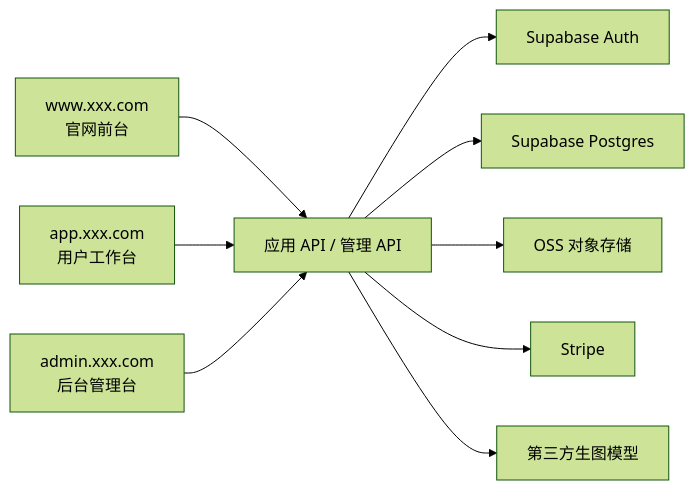
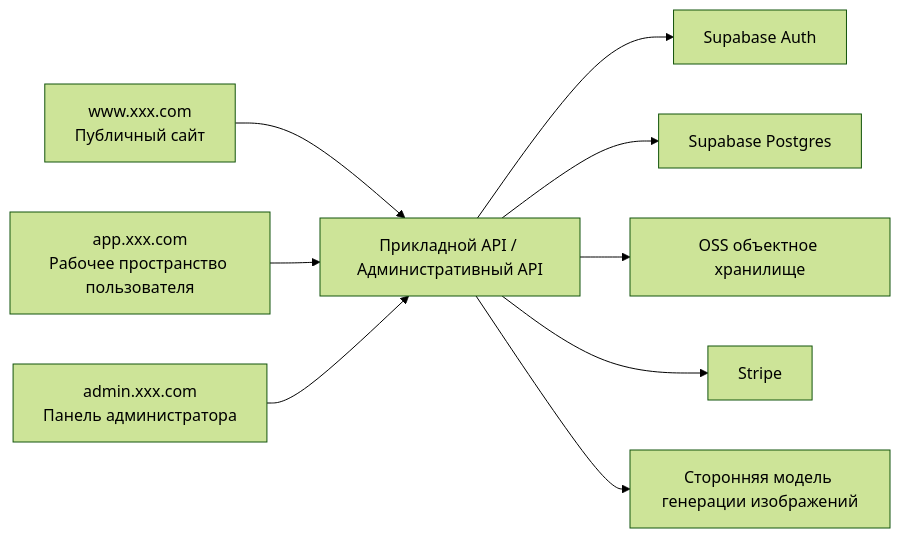
One commit to Libertad-Harbour-LLC/study_vibe changed the first of 2 diagrams in docs/ru-ru/stage-2/assignments/modern-landing-page/PRD.md. Above: the diagram before and after it, drawn with Mermaid (forest theme). The commit also changed other lines of this file and 8 other files, not shown here.

````diff
--- a/docs/ru-ru/stage-2/assignments/modern-landing-page/PRD.md
+++ b/docs/ru-ru/stage-2/assignments/modern-landing-page/PRD.md
@@ -64,11 +64,11 @@
 ```mermaid
 flowchart LR
-  WWW["www.xxx.com<br/>官网前台"] --> API["应用 API / 管理 API"]
-  APP["app.xxx.com<br/>用户工作台"] --> API
-  ADMIN["admin.xxx.com<br/>后台管理台"] --> API
+  WWW["www.xxx.com<br/>Публичный сайт"] --> API["Прикладной API / Административный API"]
+  APP["app.xxx.com<br/>Рабочее пространство пользователя"] --> API
+  ADMIN["admin.xxx.com<br/>Панель администратора"] --> API
   API --> AUTH["Supabase Auth"]
   API --> DB["Supabase Postgres"]
-  API --> OSS["OSS 对象存储"]
+  API --> OSS["OSS объектное хранилище"]
   API --> PAY["Stripe"]
-  API --> MODEL["第三方生图模型"]
+  API --> MODEL["Сторонняя модель генерации изображений"]
 ```
````
